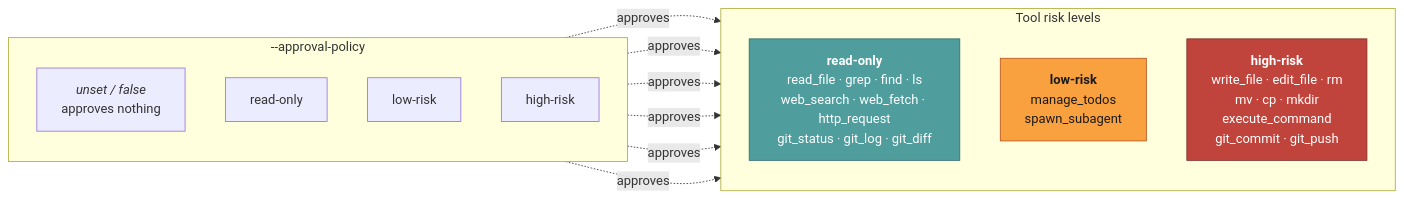
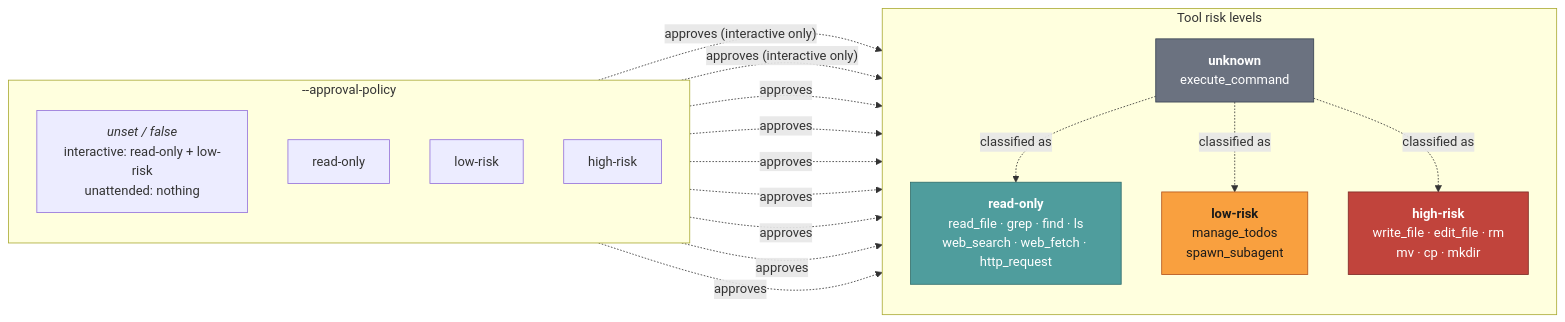
The third of 4 diagrams in docs/internals/tools-and-approval.md (lvndry/jazz), drawn with Mermaid before and after one commit. The commit also changed other lines of this file and 261 other files, not shown here.

````diff
--- a/docs/internals/tools-and-approval.md
+++ b/docs/internals/tools-and-approval.md
@@ -89,31 +89,40 @@
 ```mermaid
 flowchart LR
     subgraph tiers["Tool risk levels"]
         direction TB
-        RO["<b>read-only</b><br/>read_file · grep · find · ls<br/>web_search · web_fetch · http_request<br/>git_status · git_log · git_diff"]
+        RO["<b>read-only</b><br/>read_file · grep · find · ls<br/>web_search · web_fetch · http_request"]
         LR["<b>low-risk</b><br/>manage_todos<br/>spawn_subagent"]
-        HR["<b>high-risk</b><br/>write_file · edit_file · rm<br/>mv · cp · mkdir<br/>execute_command<br/>git_commit · git_push"]
+        HR["<b>high-risk</b><br/>write_file · edit_file · rm<br/>mv · cp · mkdir"]
+        UN["<b>unknown</b><br/>execute_command"]
     end
 
     subgraph policies["--approval-policy"]
         direction TB
-        P0["<i>unset / false</i><br/>approves nothing"]
+        P0["<i>unset / false</i><br/>interactive: read-only + low-risk<br/>unattended: nothing"]
         P1["read-only"]
         P2["low-risk"]
         P3["high-risk"]
     end
 
+    P0 -.->|"approves (interactive only)"| RO
+    P0 -.->|"approves (interactive only)"| LR
     P1 -.->|approves| RO
     P2 -.->|approves| RO
     P2 -.->|approves| LR
     P3 -.->|approves| RO
     P3 -.->|approves| LR
     P3 -.->|approves| HR
+    P3 -.->|approves| UN
+    UN -.->|classified as| RO
+    UN -.->|classified as| LR
+    UN -.->|classified as| HR
 
     classDef safe fill:#4f9d9d,stroke:#2f6d6d,color:#ffffff
     classDef warn fill:#f9a03f,stroke:#b3541e,color:#1a1a1a
     classDef bad fill:#c1443c,stroke:#7d2b26,color:#ffffff
+    classDef muted fill:#6b7280,stroke:#374151,color:#ffffff
     class RO safe
     class LR warn
     class HR bad
+    class UN muted
 ```
````
